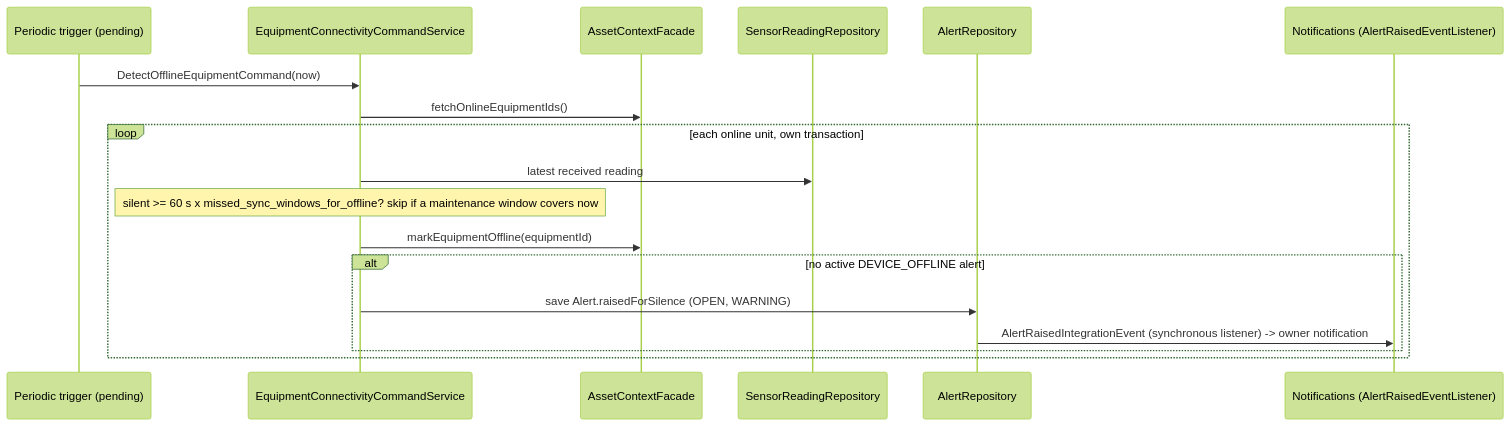
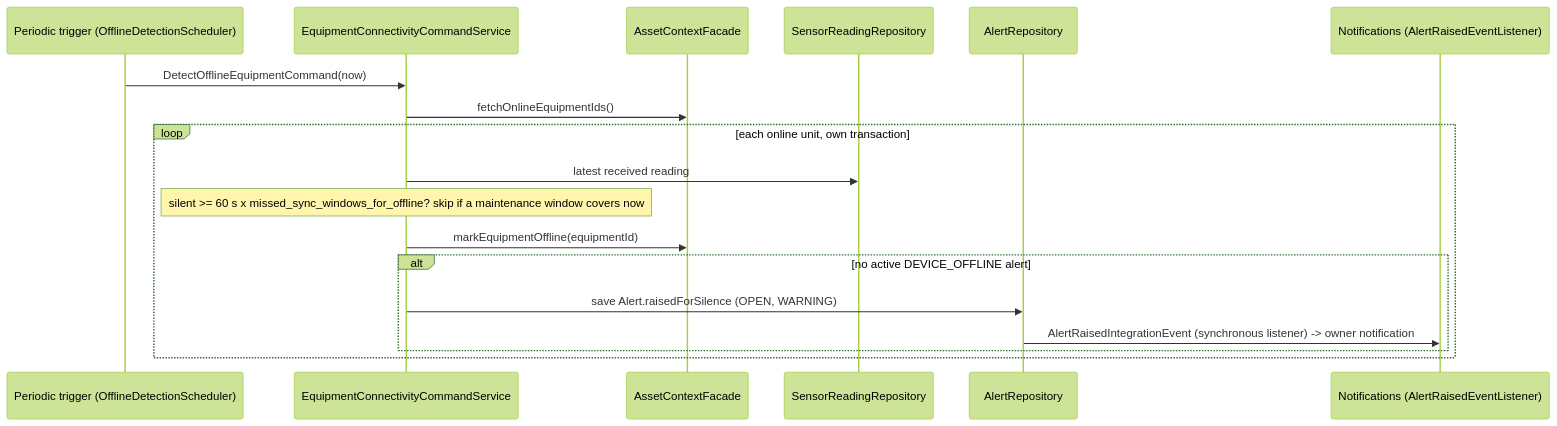
Diagram 13 of 13 in docs/backend/frontend-integration/flows/sequence-diagrams.md (IceTrack-IoT/Frontend-IceTrack_IoT), drawn with Mermaid (forest theme) before and after one commit. The commit also changed 31 other files, not shown here.

Commit message:
docs: add versioning to multiple resource definitions and enhance schema descriptions

````diff
--- a/docs/backend/frontend-integration/flows/sequence-diagrams.md
+++ b/docs/backend/frontend-integration/flows/sequence-diagrams.md
@@ -338,20 +338,20 @@
 ```mermaid
 sequenceDiagram
-  participant TR as Periodic trigger (pending)
+  participant TR as Periodic trigger (OfflineDetectionScheduler)
   participant C as EquipmentConnectivityCommandService
   participant A as AssetContextFacade
   participant R as SensorReadingRepository
   participant AL as AlertRepository
   participant N as Notifications (AlertRaisedEventListener)
   TR->>C: DetectOfflineEquipmentCommand(now)
   C->>A: fetchOnlineEquipmentIds()
   loop each online unit, own transaction
     C->>R: latest received reading
     Note over C: silent >= 60 s x missed_sync_windows_for_offline? skip if a maintenance window covers now
     C->>A: markEquipmentOffline(equipmentId)
     alt no active DEVICE_OFFLINE alert
       C->>AL: save Alert.raisedForSilence (OPEN, WARNING)
       AL->>N: AlertRaisedIntegrationEvent (synchronous listener) -> owner notification
     end
   end
 ```
````
